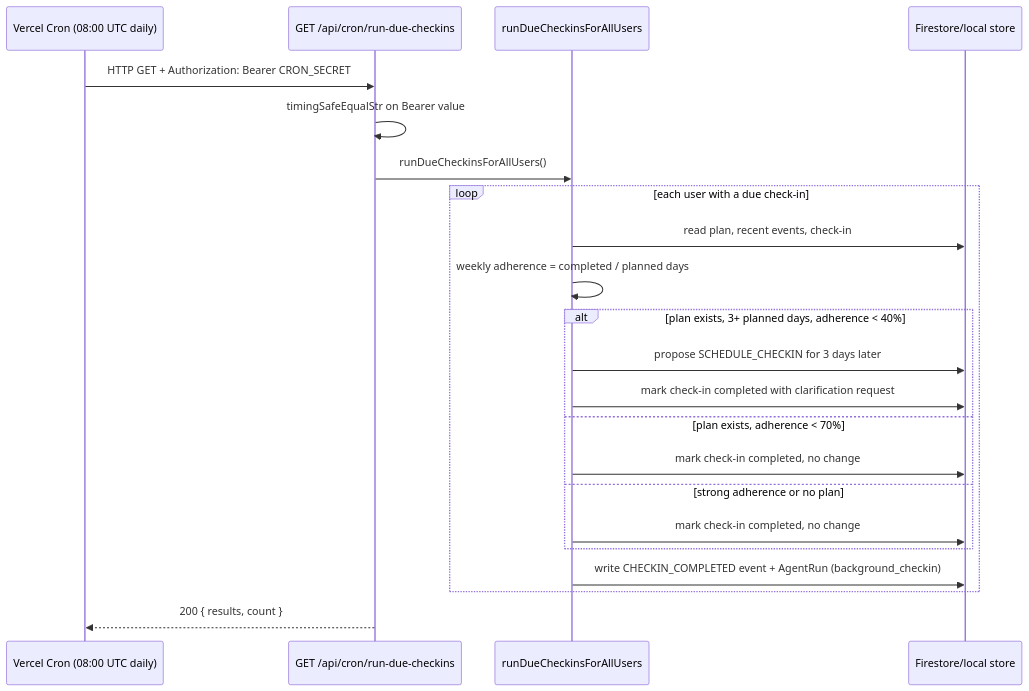
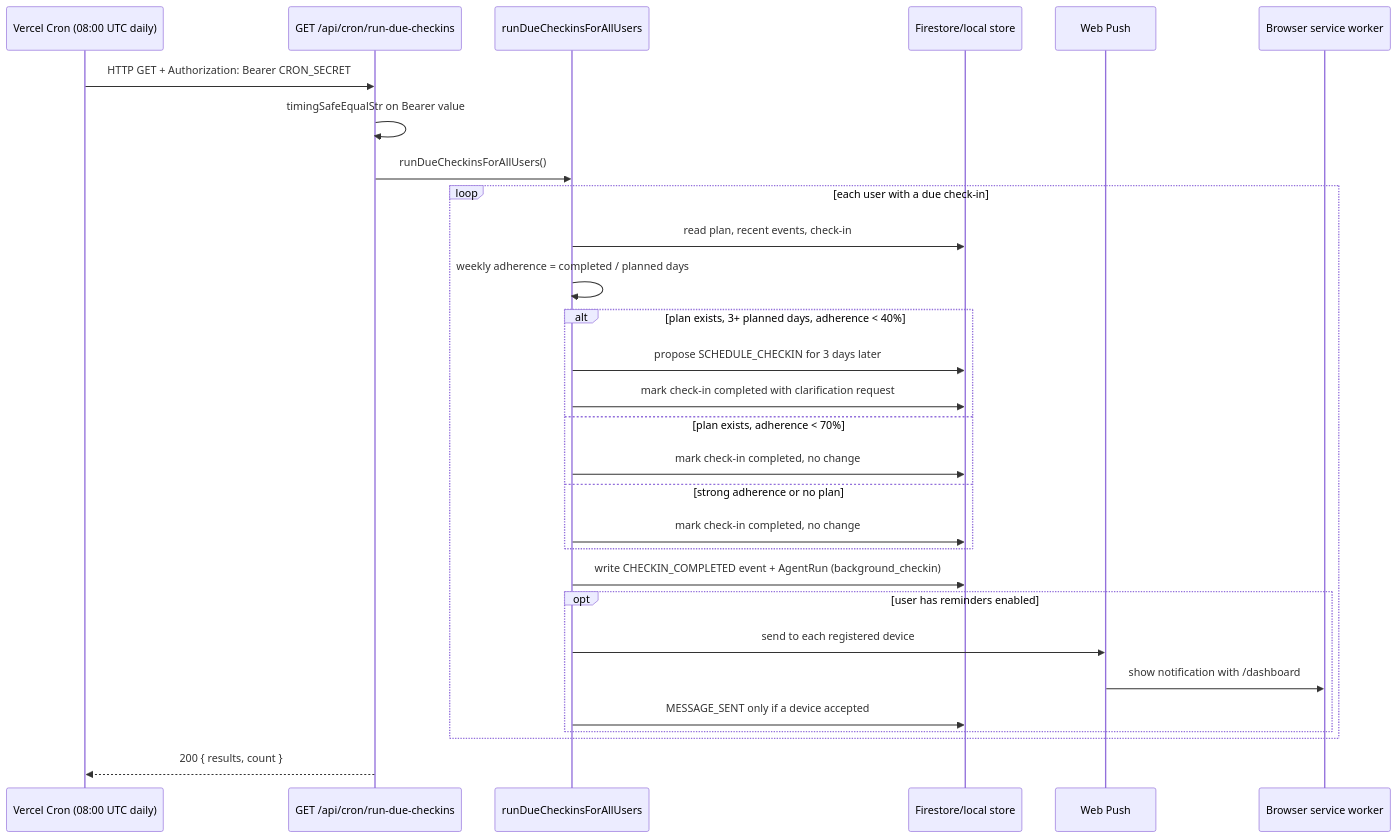
The fifth of 6 diagrams in docs/architecture.md (himanishpuri/continuum), drawn with Mermaid before and after one commit. The commit also changed other lines of this file and 2 other files, not shown here.

First line of the commit message:
docs: document push, revert, memory review, safety layers, evals

````diff
--- a/docs/architecture.md
+++ b/docs/architecture.md
@@ -112,25 +128,32 @@
 ```mermaid
 sequenceDiagram
     participant Scheduler as Vercel Cron (08:00 UTC daily)
     participant Cron as GET /api/cron/run-due-checkins
     participant Job as runDueCheckinsForAllUsers
     participant Data as Firestore/local store
+    participant Push as Web Push
+    participant SW as Browser service worker
 
     Scheduler->>Cron: HTTP GET + Authorization: Bearer CRON_SECRET
     Cron->>Cron: timingSafeEqualStr on Bearer value
     Cron->>Job: runDueCheckinsForAllUsers()
     loop each user with a due check-in
         Job->>Data: read plan, recent events, check-in
         Job->>Job: weekly adherence = completed / planned days
         alt plan exists, 3+ planned days, adherence < 40%
             Job->>Data: propose SCHEDULE_CHECKIN for 3 days later
             Job->>Data: mark check-in completed with clarification request
         else plan exists, adherence < 70%
             Job->>Data: mark check-in completed, no change
         else strong adherence or no plan
             Job->>Data: mark check-in completed, no change
         end
         Job->>Data: write CHECKIN_COMPLETED event + AgentRun (background_checkin)
+        opt user has reminders enabled
+            Job->>Push: send to each registered device
+            Push->>SW: show notification with /dashboard#checkin
+            Job->>Data: MESSAGE_SENT only if a device accepted
+        end
     end
     Cron-->>Scheduler: 200 { results, count }
 ```
````
